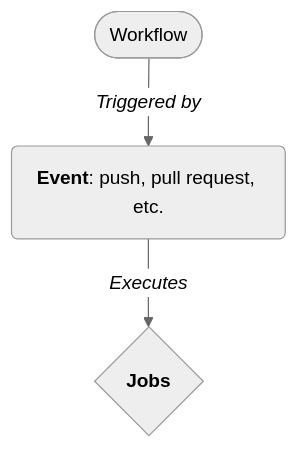
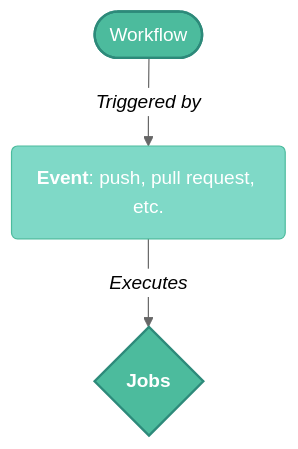
The second of 8 diagrams in gha.qmd (mjfrigaard/shiny-app-pkgs), drawn with Mermaid before and after one commit. The commit also changed other lines of this file, not shown here.

First line of the commit message:
Style first 5 mermaid diagrams in gha.qmd with teal palette

````diff
--- a/gha.qmd
+++ b/gha.qmd
@@ -156,8 +159,12 @@
 ```{mermaid}
 %%| fig-align: center
 %%{init: {'theme': 'neutral', 'themeVariables': { 'fontFamily': 'monospace', "fontSize":"16px"}}}%%
-flowchart 
+flowchart
   workflow(["Workflow"]) -->|"<em>Triggered by<em>"| event("<strong>Event</strong>: push, pull request, etc.")
 
   event --> |"<em>Executes</em>"| Jobs{"<strong>Jobs</strong>"}
+
+  style workflow fill:#4CBB9D,color:#fff,stroke:#2d8a7a,stroke-width:2px
+  style event fill:#7fd9c7,color:#fff,stroke:#4CBB9D,stroke-width:1px
+  style Jobs fill:#4CBB9D,color:#fff,stroke:#2d8a7a,stroke-width:2px
 ```
````
